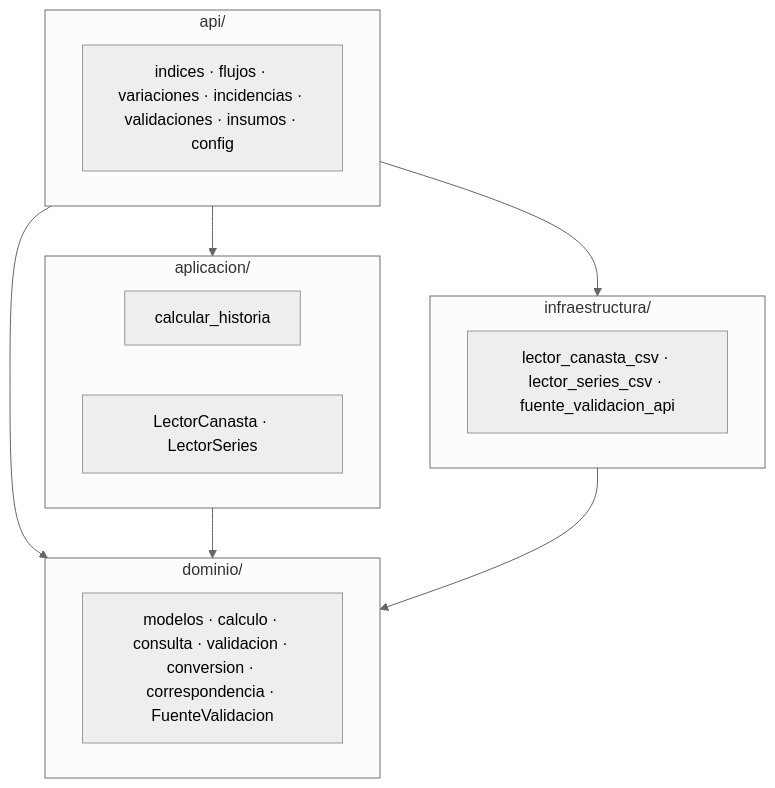
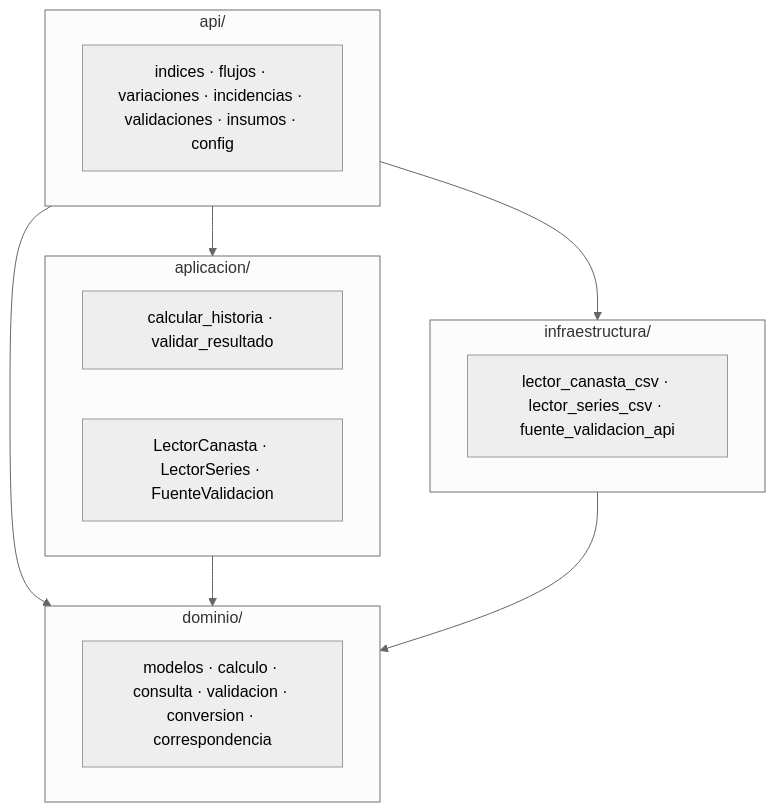
One commit to 2kom/replica-inpc-mx changed the first of 2 diagrams in docs/diseño.md. Above: the diagram before and after it, drawn with Mermaid (neutral theme). The commit also changed other lines of this file and 3 other files, not shown here.

First line of the commit message:
refactor(aplicacion): mueve FuenteValidacion a puertos y actualiza el diseno

````diff
--- a/docs/diseño.md
+++ b/docs/diseño.md
@@ -127,22 +127,22 @@
 ```mermaid
 graph TD
     subgraph API["api/"]
         A["indices · flujos · variaciones · incidencias · validaciones · insumos · config"]
     end
     subgraph APP["aplicacion/"]
-        B["calcular_historia"]
-        C["LectorCanasta · LectorSeries"]
+        B["calcular_historia · validar_resultado"]
+        C["LectorCanasta · LectorSeries · FuenteValidacion"]
     end
     subgraph DOM["dominio/"]
-        D["modelos · calculo · consulta · validacion · conversion · correspondencia · FuenteValidacion"]
+        D["modelos · calculo · consulta · validacion · conversion · correspondencia"]
     end
     subgraph INFRA["infraestructura/"]
         E["lector_canasta_csv · lector_series_csv · fuente_validacion_api"]
     end
 
     API --> DOM
     API --> APP
     API --> INFRA
     APP --> DOM
     INFRA --> DOM
 ```
````
